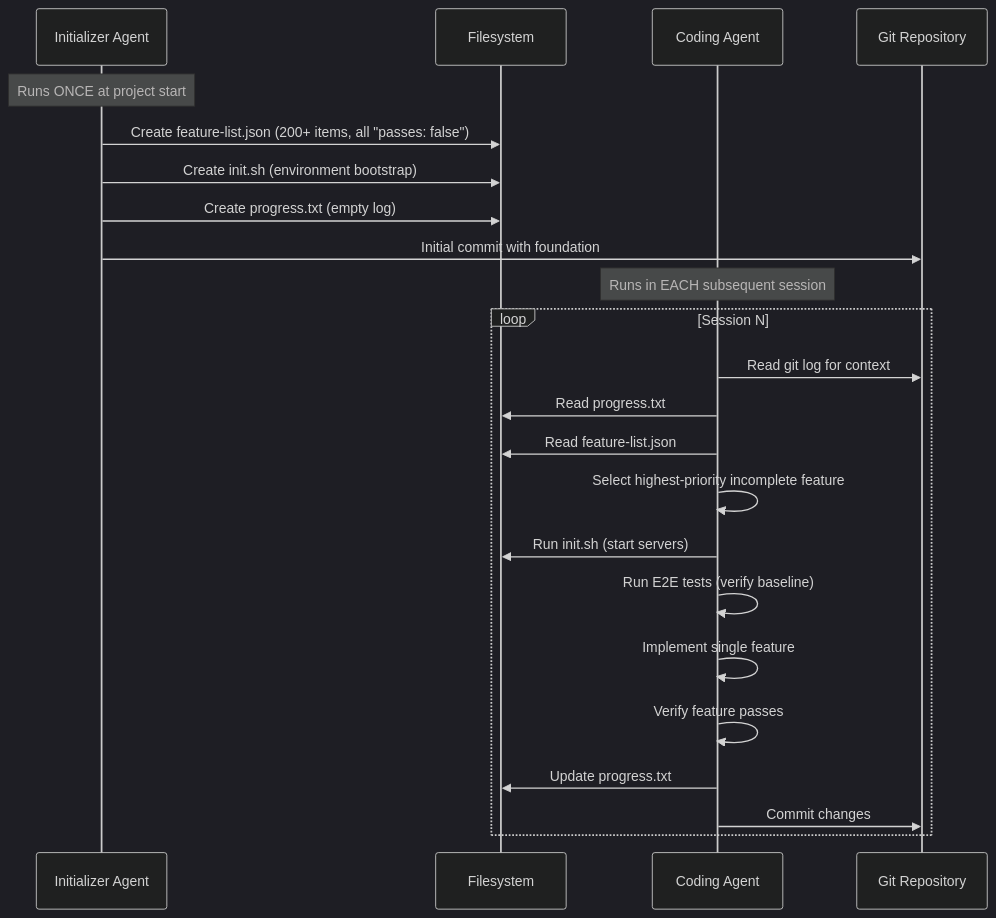
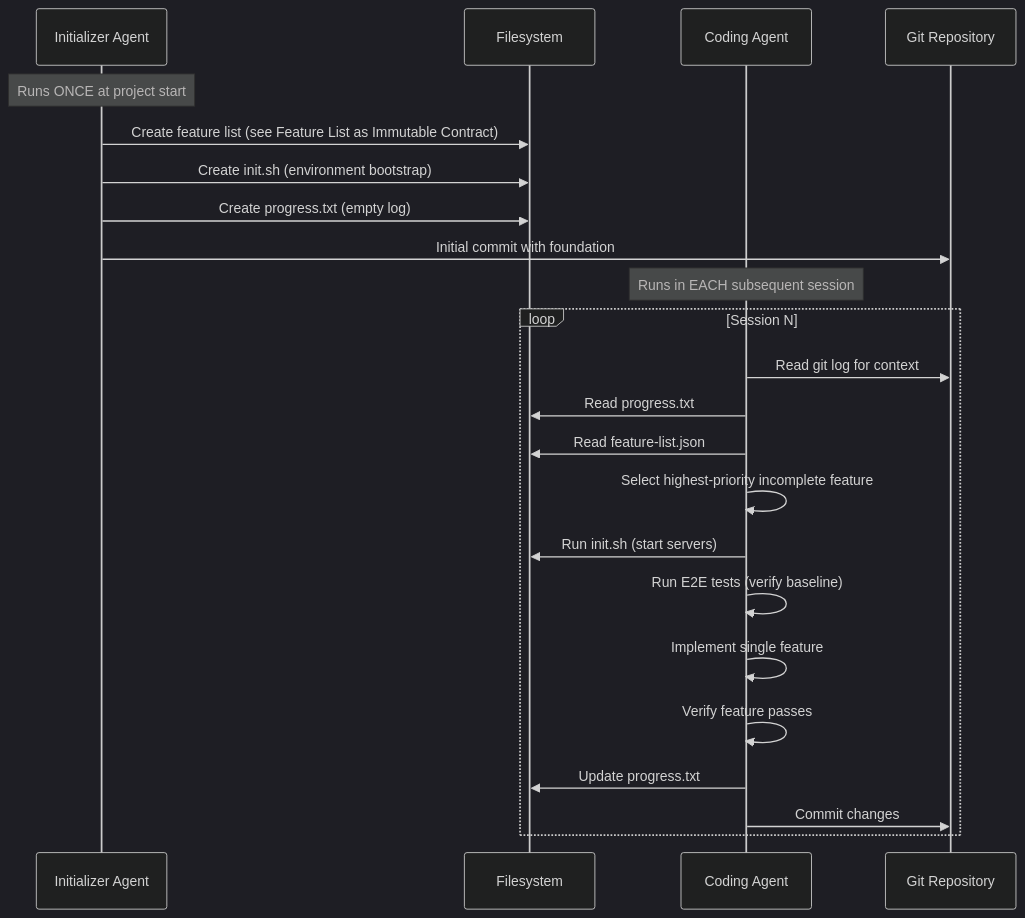
One commit to nibzard/awesome-agentic-patterns changed the diagram in patterns/initializer-maintainer-dual-agent.md. Above: the diagram before and after it, drawn with Mermaid (dark theme). The commit also changed other lines of this file and 67 other files, not shown here.

````diff
--- a/patterns/initializer-maintainer-dual-agent.md
+++ b/patterns/initializer-maintainer-dual-agent.md
@@ -48,27 +48,27 @@
 ```mermaid
 sequenceDiagram
     participant Init as Initializer Agent
     participant FS as Filesystem
     participant Coding as Coding Agent
     participant Git as Git Repository
 
     Note over Init: Runs ONCE at project start
-    Init->>FS: Create feature-list.json (200+ items, all "passes: false")
+    Init->>FS: Create feature list (see Feature List as Immutable Contract)
     Init->>FS: Create init.sh (environment bootstrap)
     Init->>FS: Create progress.txt (empty log)
     Init->>Git: Initial commit with foundation
 
     Note over Coding: Runs in EACH subsequent session
     loop Session N
         Coding->>Git: Read git log for context
         Coding->>FS: Read progress.txt
         Coding->>FS: Read feature-list.json
         Coding->>Coding: Select highest-priority incomplete feature
         Coding->>FS: Run init.sh (start servers)
         Coding->>Coding: Run E2E tests (verify baseline)
         Coding->>Coding: Implement single feature
         Coding->>Coding: Verify feature passes
         Coding->>FS: Update progress.txt
         Coding->>Git: Commit changes
     end
 ```
````
